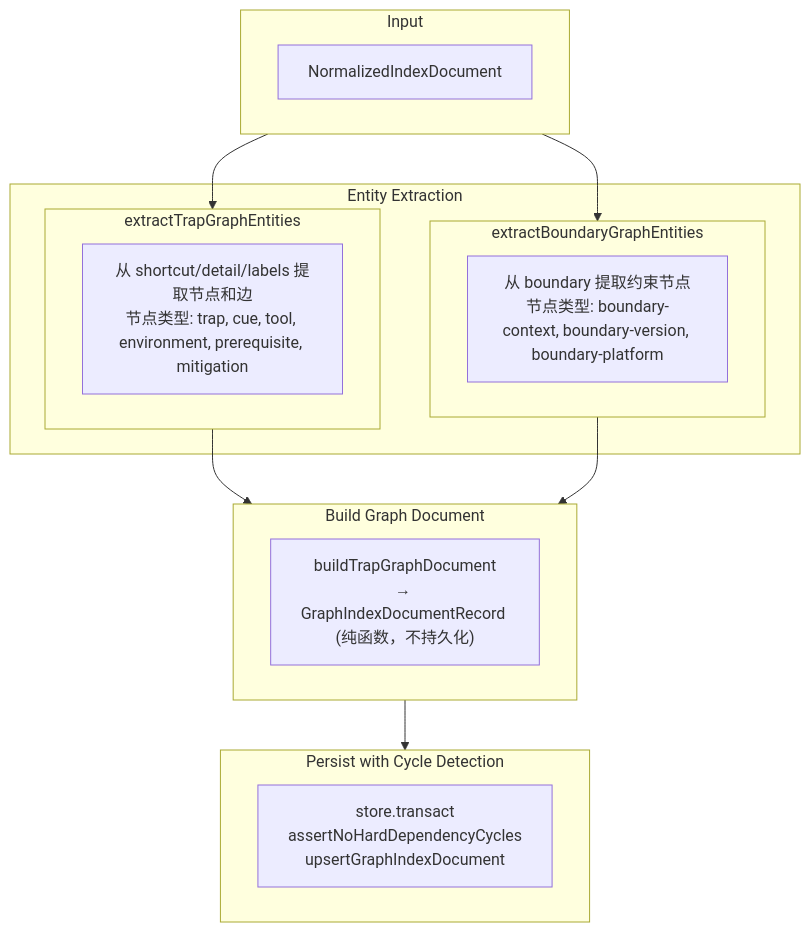
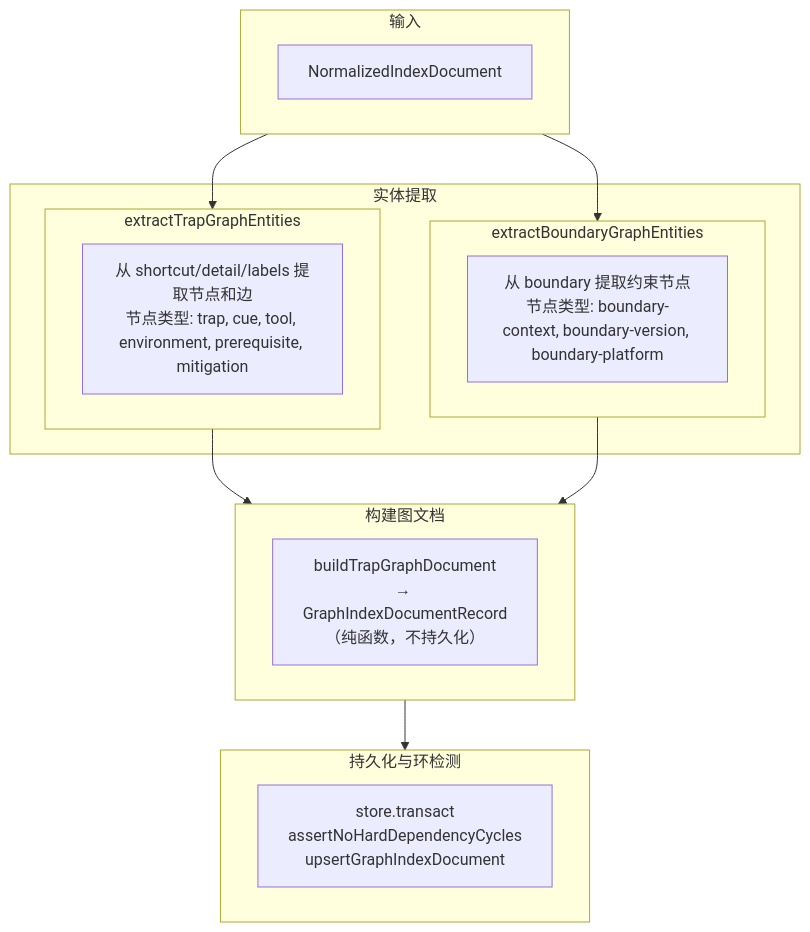
Before and after one commit to pofossette/TrapMap-for-vibing: the fourth of 4 diagrams in docs/architecture/components/INDEXING.md, drawn with Mermaid. The commit also changed other lines of this file and 31 other files, not shown here.

````diff
--- a/docs/architecture/components/INDEXING.md
+++ b/docs/architecture/components/INDEXING.md
@@ -247,30 +247,30 @@
 ```mermaid
 flowchart TB
-    subgraph Input["Input"]
+    subgraph 输入["输入"]
         A["NormalizedIndexDocument"]
     end
 
-    subgraph Extract["Entity Extraction"]
-        subgraph TrapEntities["extractTrapGraphEntities"]
+    subgraph 实体提取["实体提取"]
+        subgraph 陷阱实体["extractTrapGraphEntities"]
             B1["从 shortcut/detail/labels 提取节点和边\n节点类型: trap, cue, tool, environment, prerequisite, mitigation"]
         end
 
-        subgraph BoundaryEntities["extractBoundaryGraphEntities"]
+        subgraph 边界实体["extractBoundaryGraphEntities"]
             B2["从 boundary 提取约束节点\n节点类型: boundary-context, boundary-version, boundary-platform"]
         end
     end
 
-    subgraph Build["Build Graph Document"]
-        C["buildTrapGraphDocument\n→ GraphIndexDocumentRecord (纯函数，不持久化)"]
+    subgraph 构建图文档["构建图文档"]
+        C["buildTrapGraphDocument\n→ GraphIndexDocumentRecord（纯函数，不持久化）"]
     end
 
-    subgraph Persist["Persist with Cycle Detection"]
+    subgraph 持久化与环检测["持久化与环检测"]
         D["store.transact\nassertNoHardDependencyCycles\nupsertGraphIndexDocument"]
     end
 
-    Input --> TrapEntities
-    Input --> BoundaryEntities
-    TrapEntities --> Build
-    BoundaryEntities --> Build
-    Build --> Persist
+    输入 --> 陷阱实体
+    输入 --> 边界实体
+    陷阱实体 --> 构建图文档
+    边界实体 --> 构建图文档
+    构建图文档 --> 持久化与环检测
 ```
````
